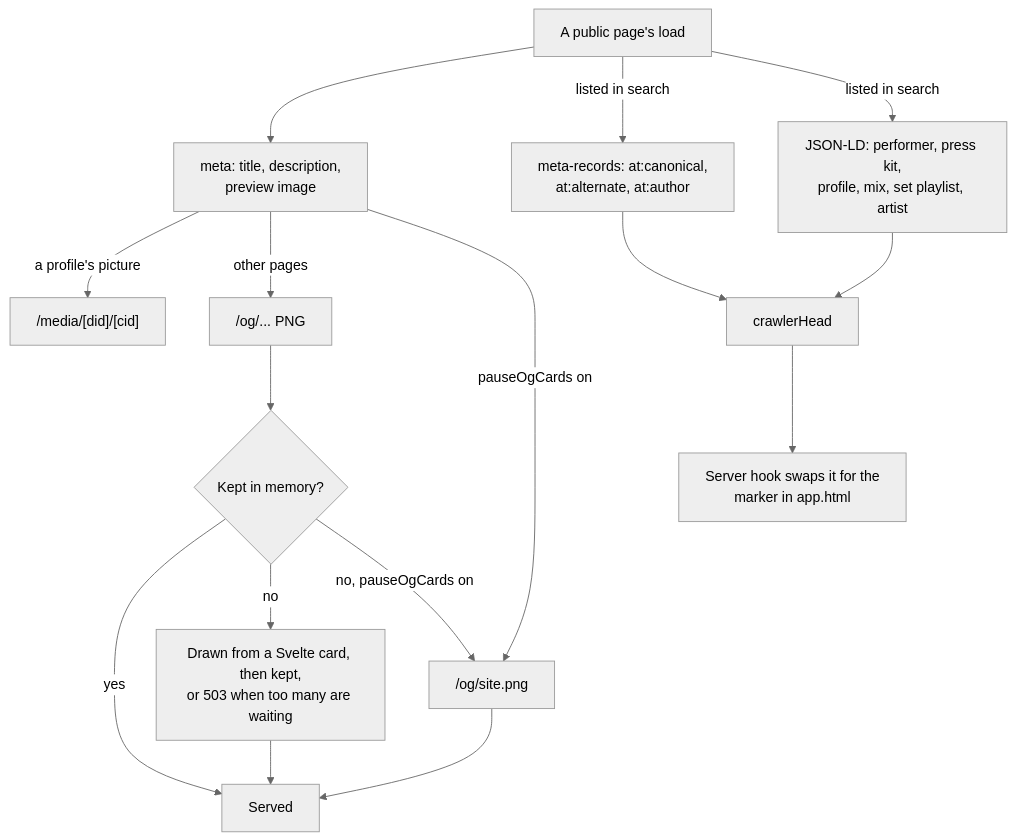
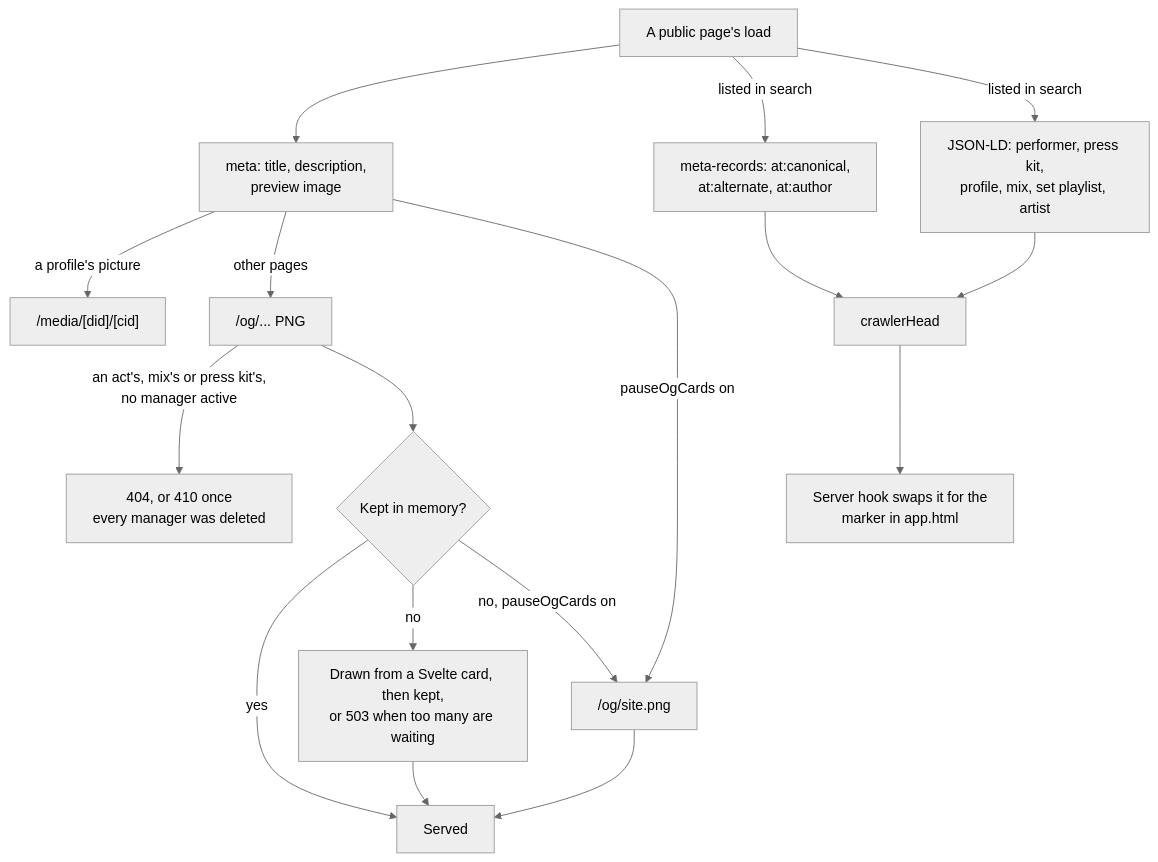
One commit to cutenode/localnetwork changed the tenth of 10 diagrams in apps/web/docs/diagrams/staff-and-upkeep.md. Above: the diagram before and after it, drawn with Mermaid (neutral theme). The commit also changed 6 other files, not shown here.

First line of the commit message:
docs(web): show the Vary rule and inactive accounts in the diagrams

````diff
--- a/apps/web/docs/diagrams/staff-and-upkeep.md
+++ b/apps/web/docs/diagrams/staff-and-upkeep.md
@@ -206,18 +206,19 @@
 ```mermaid
 flowchart TD
   Load["A public page's load"] --> Meta["meta: title, description,<br/>preview image"]
   Load -- "listed in search" --> Records["meta-records: at:canonical,<br/>at:alternate, at:author"]
   Load -- "listed in search" --> Json["JSON-LD: performer, press kit,<br/>profile, mix, set playlist, artist"]
   Records --> Head["crawlerHead"]
   Json --> Head
   Head --> Hook["Server hook swaps it for the<br/>marker in app.html"]
   Meta -- "a profile's picture" --> Avatar["/media/[did]/[cid]"]
   Meta -- "other pages" --> Card["/og/... PNG"]
   Meta -- "pauseOgCards on" --> Site["/og/site.png"]
+  Card -- "an act's, mix's or press kit's,<br/>no manager active" --> Hidden["404, or 410 once<br/>every manager was deleted"]
   Card --> Cached{"Kept in memory?"}
   Cached -- "yes" --> Png["Served"]
   Cached -- "no" --> Draw["Drawn from a Svelte card, then kept,<br/>or 503 when too many are waiting"]
   Cached -- "no, pauseOgCards on" --> Site
   Site --> Png
   Draw --> Png
 ```
````
